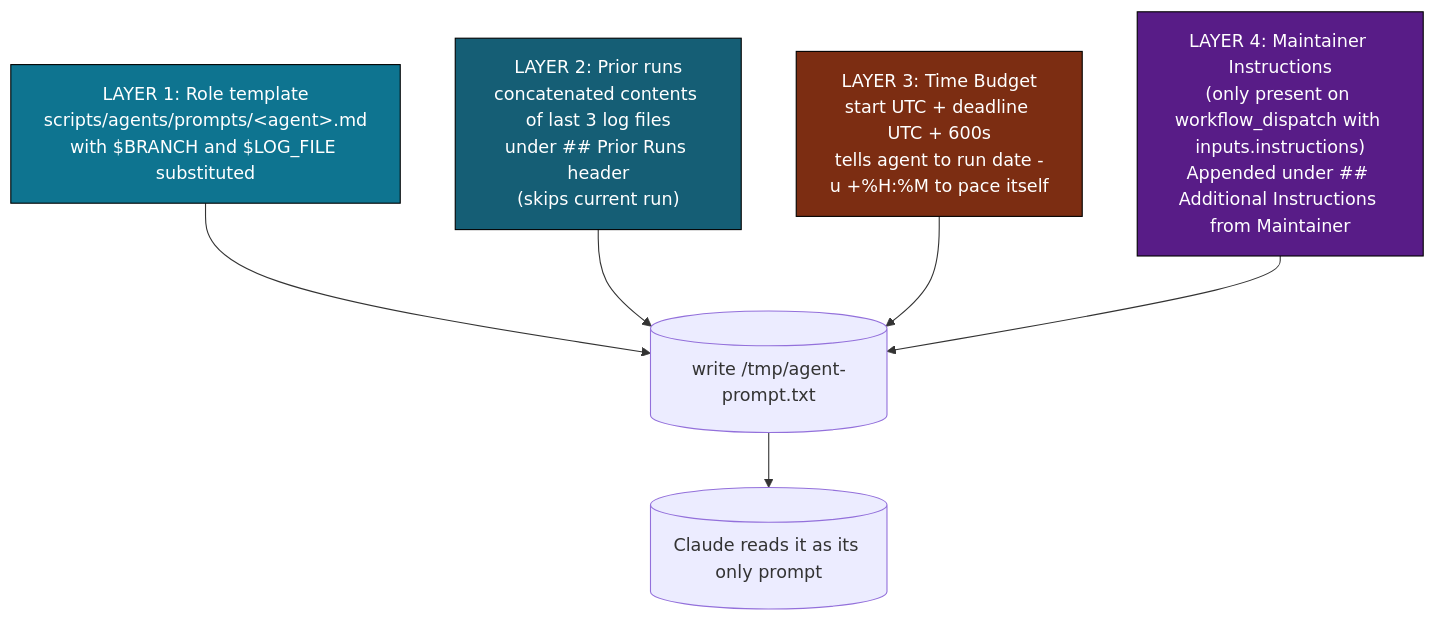
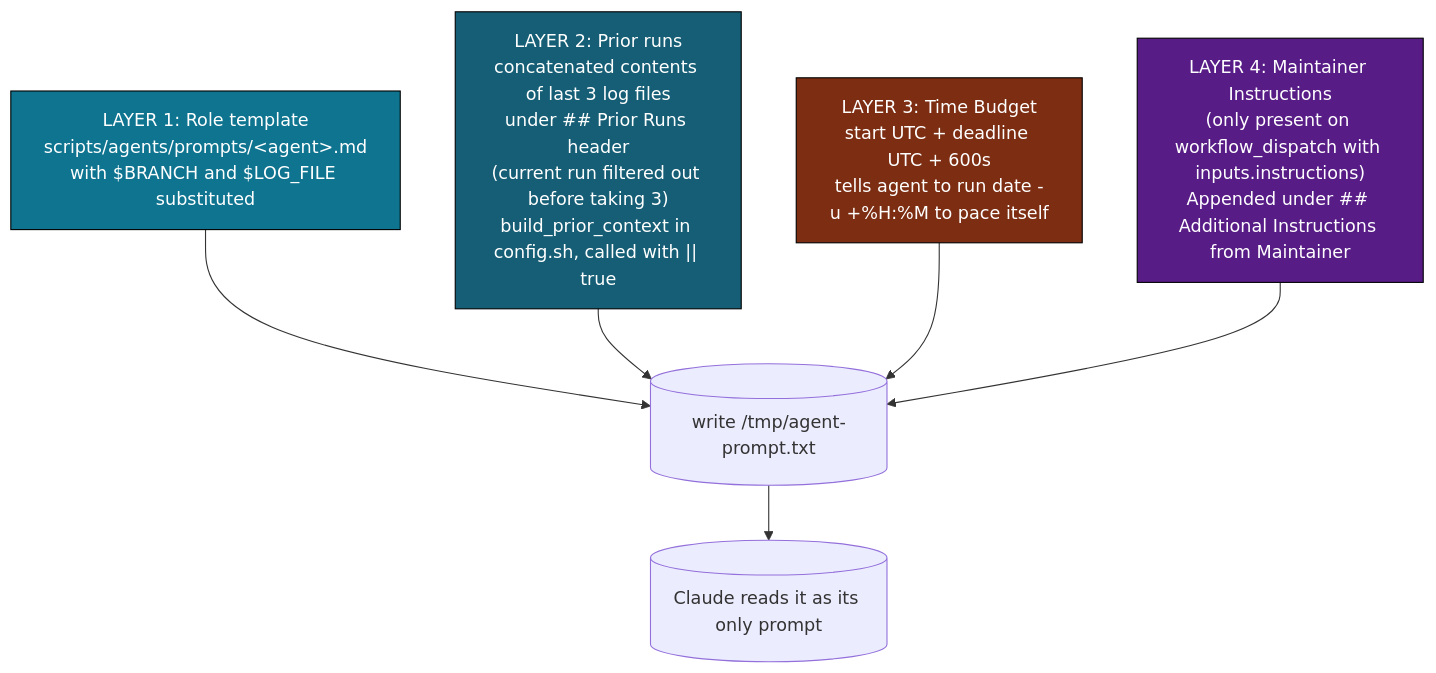
Before and after one commit to llm-exe/llm-exe: the sixth of 13 diagrams in .github/docs/AGENT_RUN_DEEP_DIVE.md, drawn with Mermaid. The commit also changed 3 other files, not shown here.

Commit message:
docs: sync deep dives after build_prior_context move to config.sh

````diff
--- a/.github/docs/AGENT_RUN_DEEP_DIVE.md
+++ b/.github/docs/AGENT_RUN_DEEP_DIVE.md
@@ -298,18 +298,18 @@
 ```mermaid
 flowchart TB
     classDef l1 fill:#0e7490,color:#fff,stroke:#000
     classDef l2 fill:#155e75,color:#fff,stroke:#000
     classDef l3 fill:#7c2d12,color:#fff,stroke:#000
     classDef l4 fill:#581c87,color:#fff,stroke:#000
 
     A["LAYER 1: Role template\nscripts/agents/prompts/&lt;agent&gt;.md\nwith $BRANCH and $LOG_FILE substituted"]:::l1
-    B["LAYER 2: Prior runs\nconcatenated contents of last 3 log files\nunder ## Prior Runs header\n(skips current run)"]:::l2
+    B["LAYER 2: Prior runs\nconcatenated contents of last 3 log files\nunder ## Prior Runs header\n(current run filtered out before taking 3)\nbuild_prior_context in config.sh, called with || true"]:::l2
     C["LAYER 3: Time Budget\nstart UTC + deadline UTC + 600s\ntells agent to run date -u +%H:%M to pace itself"]:::l3
     D["LAYER 4: Maintainer Instructions\n(only present on workflow_dispatch with inputs.instructions)\nAppended under ## Additional Instructions from Maintainer"]:::l4
 
     A --> X[("write /tmp/agent-prompt.txt")]
     B --> X
     C --> X
     D --> X
     X --> R[("Claude reads it as its only prompt")]
 ```
````
